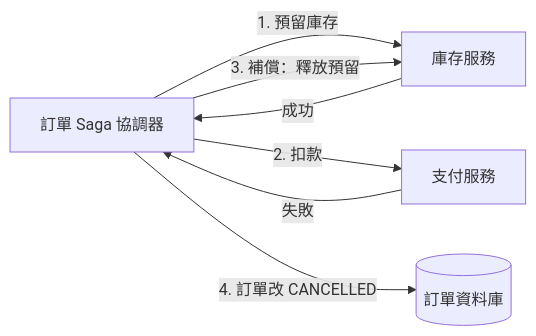
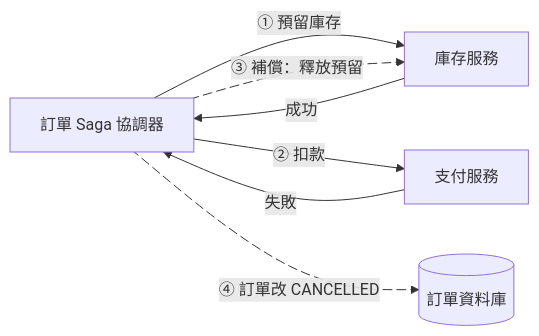
Before and after one commit to TLOGBen/BackendBook: the fifth of 8 diagrams in docs/43-分散式交易.md, drawn with Mermaid. The commit also changed other lines of this file and 125 other files, not shown here.

First line of the commit message:
新人教材：擴充到 59 篇，每篇加上互動主圖、核心理念與閱讀前知識

````diff
--- a/docs/43-分散式交易.md
+++ b/docs/43-分散式交易.md
@@ -152,9 +229,11 @@
 ```mermaid
 flowchart LR
-    O["訂單 Saga 協調器"] -->|"1. 預留庫存"| I["庫存服務"]
+    O["訂單 Saga 協調器"] -->|"① 預留庫存"| I["庫存服務"]
     I -->|"成功"| O
-    O -->|"2. 扣款"| P["支付服務"]
+    O -->|"② 扣款"| P["支付服務"]
     P -->|"失敗"| O
-    O -->|"3. 補償：釋放預留"| I
-    O -->|"4. 訂單改 CANCELLED"| D[("訂單資料庫")]
+    O e1@-->|"③ 補償：釋放預留"| I
+    O e2@-->|"④ 訂單改 CANCELLED"| D[("訂單資料庫")]
+    e1@{ animate: true }
+    e2@{ animate: true }
 ```
````
